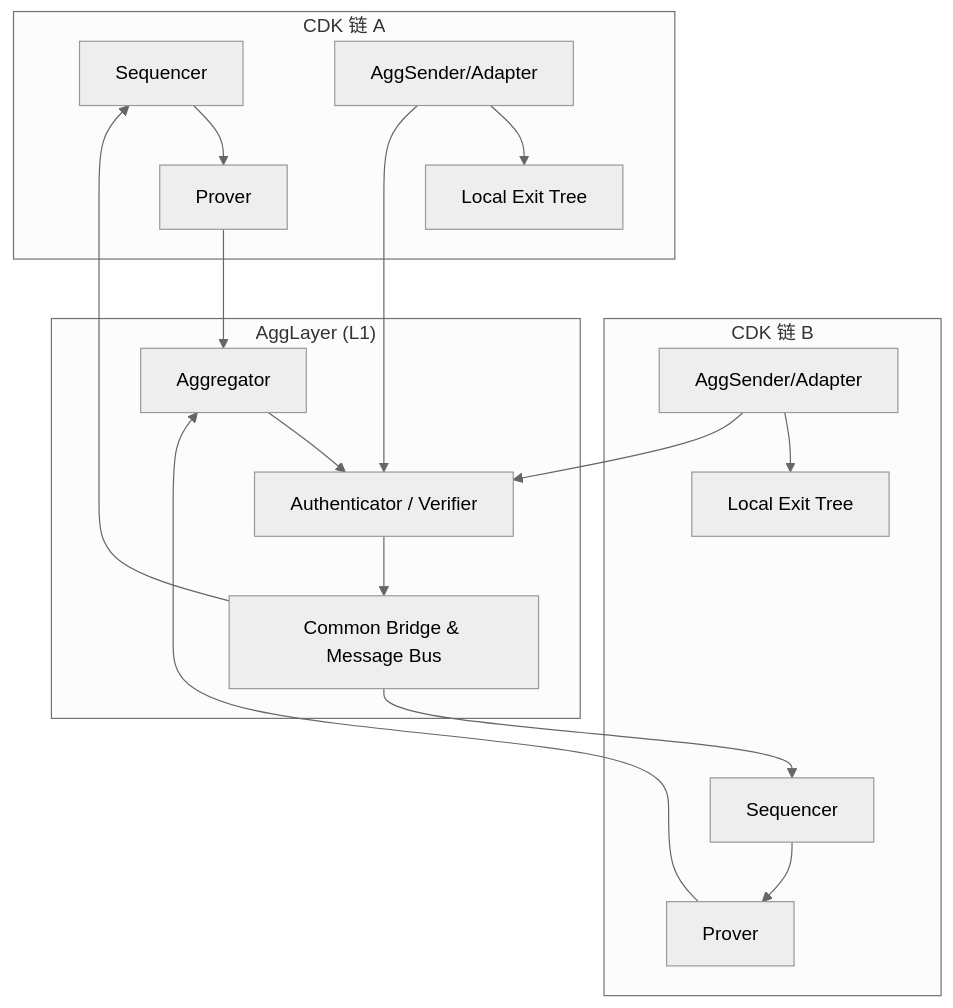
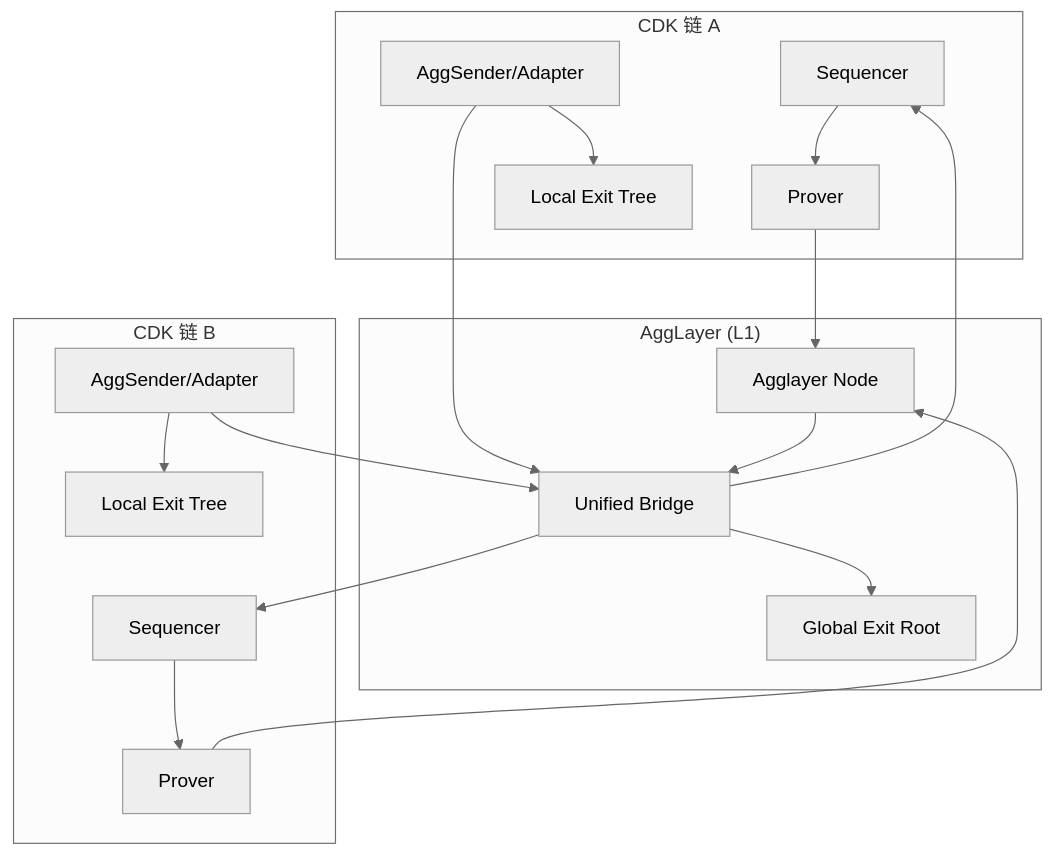
One commit to dreamer-zq/Obsidian-vault changed the first of 2 diagrams in 01-Notes/blockchain/L2/polygon/Agglayer.md. Above: the diagram before and after it, drawn with Mermaid (neutral theme). The commit also changed other lines of this file and 5 other files, not shown here.

````diff
--- a/01-Notes/blockchain/L2/polygon/Agglayer.md
+++ b/01-Notes/blockchain/L2/polygon/Agglayer.md
@@ -22,27 +27,32 @@
 ```mermaid
 flowchart TD
     subgraph "CDK 链 A"
         A1[Sequencer] --> A2[Prover]
         A3[AggSender/Adapter] --> A4[Local Exit Tree]
     end
 
     subgraph "CDK 链 B"
         B1[Sequencer] --> B2[Prover]
         B3[AggSender/Adapter] --> B4[Local Exit Tree]
     end
 
     subgraph "AggLayer (L1)"
-        L1[Authenticator / Verifier]
-        L2[Aggregator]
-        L3[Common Bridge & Message Bus]
+        L1[Agglayer Node]
+        L2[Unified Bridge]
+        L3[Global Exit Root]
     end
 
-    A2 --> L2
-    B2 --> L2
-    A3 --> L1
-    B3 --> L1
-    L2 --> L1
-    L1 --> L3
-    L3 --> B1
-    L3 --> A1
+    %% 链侧证明与适配上报
+    A2 --> L1
+    B2 --> L1
+    A3 --> L2
+    B3 --> L2
+
+    %% Agglayer 节点与统一桥协同维护全局根与最终性
+    L1 --> L2
+    L2 --> L3
+
+    %% 统一桥在最终确认后驱动目的链处理
+    L2 --> B1
+    L2 --> A1
 ```
````
